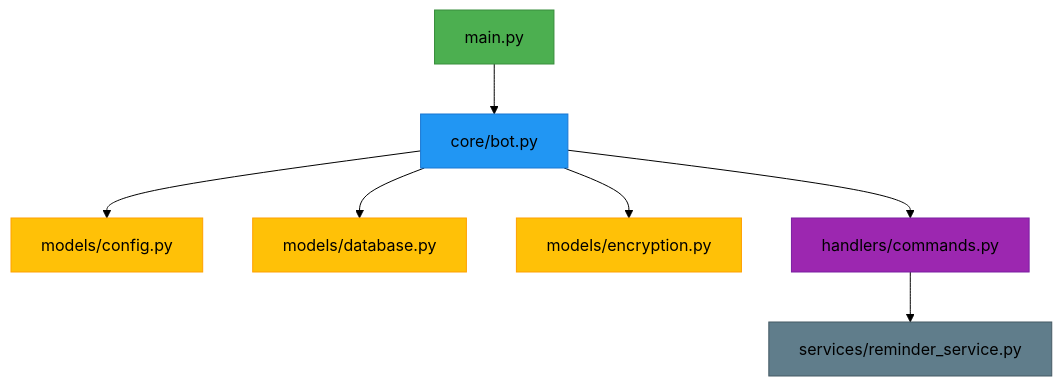
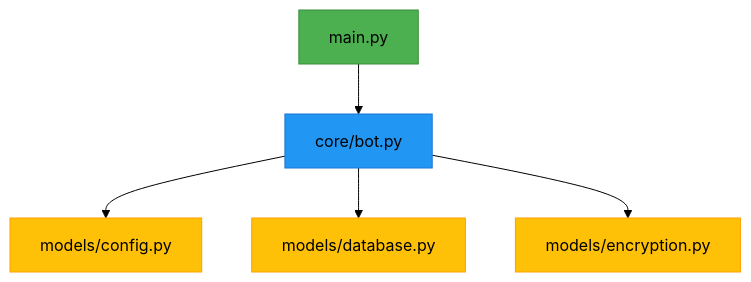
The diagram in ReadMe-ES.md (dopemmanuel/RecoNotas), drawn with Mermaid (forest theme) before and after one commit. The commit also changed other lines of this file and 5 other files, not shown here.

````diff
--- a/ReadMe-ES.md
+++ b/ReadMe-ES.md
@@ -47,17 +47,15 @@
 ```mermaid
 graph TD
-        A[main.py] --> B[core/bot.py]
+    A[main.py] --> B[core/bot.py]
     B --> C[models/config.py]
     B --> D[models/database.py]
     B --> E[models/encryption.py]
-    B --> F[handlers/commands.py]
-    F --> G[services/reminder_service.py]
+
     
     style A fill:#4CAF50,stroke:#388E3C
     style B fill:#2196F3,stroke:#1976D2
     style C fill:#FFC107,stroke:#FFA000
     style D fill:#FFC107,stroke:#FFA000
     style E fill:#FFC107,stroke:#FFA000
-    style F fill:#9C27B0,stroke:#7B1FA2
-    style G fill:#607D8B,stroke:#455A64
+
 ```
````
